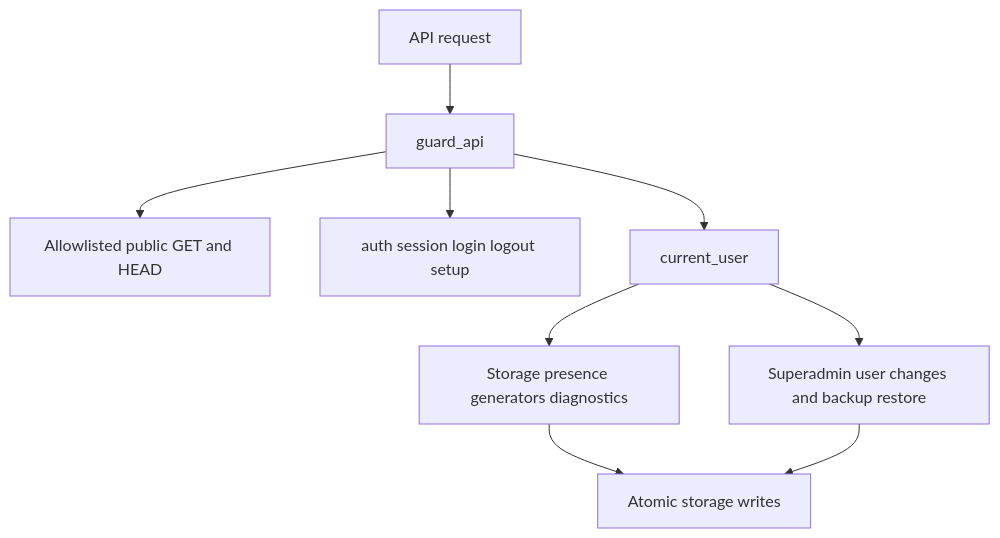
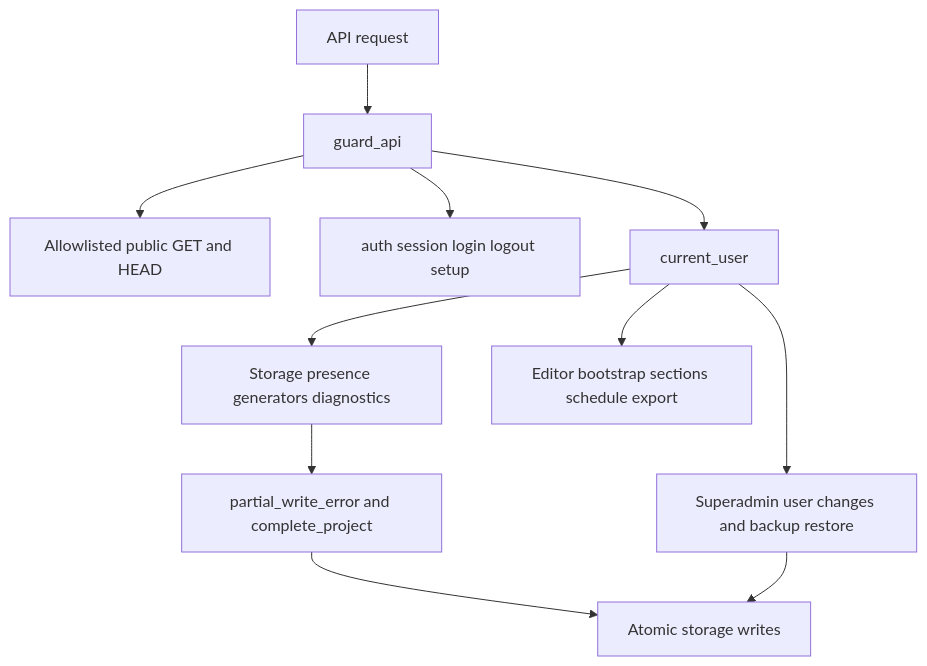
One commit to Utkautka1/timetable22 changed the third of 4 diagrams in docs/UML.md. Above: the diagram before and after it, drawn with Mermaid. The commit also changed other lines of this file and 16 other files, not shown here.

````diff
--- a/docs/UML.md
+++ b/docs/UML.md
@@ -48,11 +52,13 @@
 ```mermaid
 flowchart TD
     Request[API request] --> Guard[guard_api]
     Guard --> PublicGet[Allowlisted public GET and HEAD]
     Guard --> AuthRoutes[auth session login logout setup]
     Guard --> Session[current_user]
     Session --> Private[Storage presence generators diagnostics]
+    Session --> EditorTransportRoutes[Editor bootstrap sections schedule export]
     Session --> Superadmin[Superadmin user changes and backup restore]
-    Private --> Writes[Atomic storage writes]
+    Private --> PartialCheck[partial_write_error and complete_project]
+    PartialCheck --> Writes[Atomic storage writes]
     Superadmin --> Writes
 ```
````
